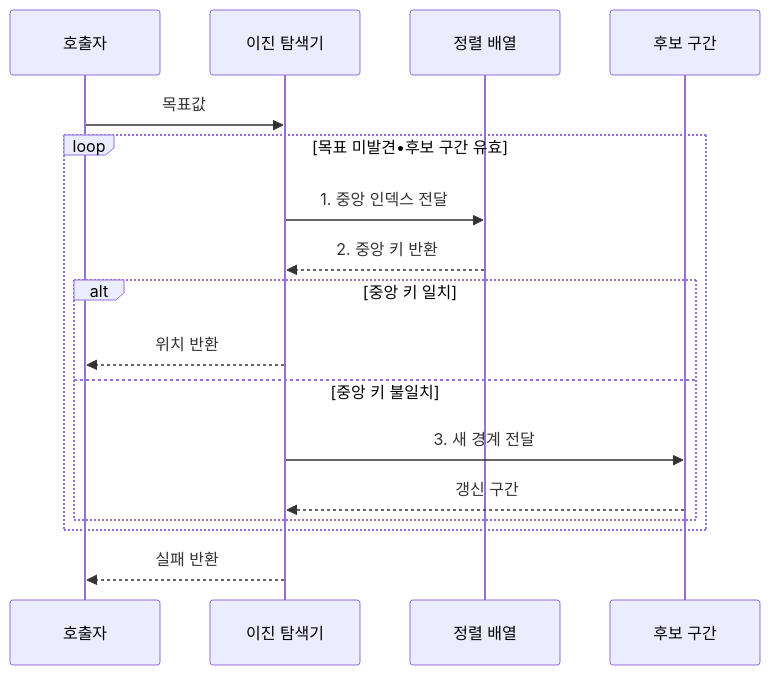
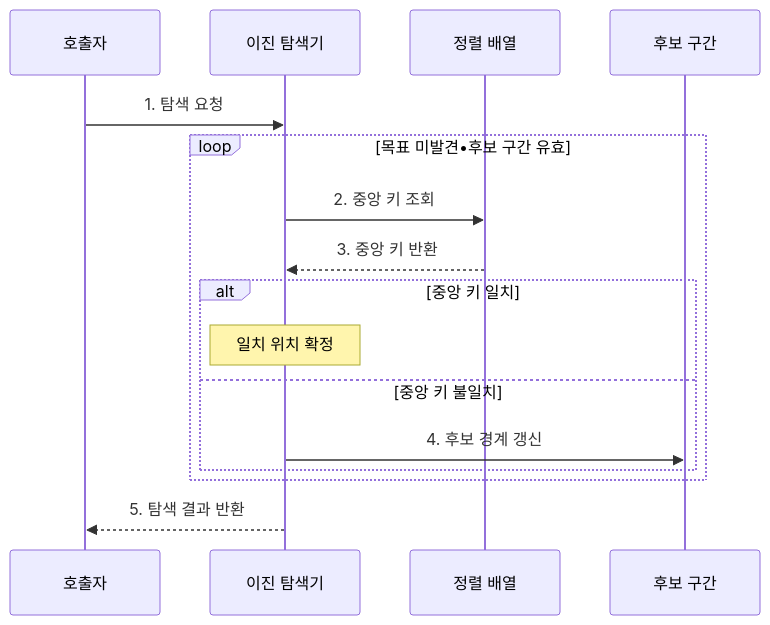
The second of 2 diagrams in src/content/docs/notes/01-basic-theory/004_binary_search.md (agnusdei1207/knowledge-base), drawn with Mermaid before and after one commit. The commit also changed other lines of this file and 7 other files, not shown here.

````diff
--- a/src/content/docs/notes/01-basic-theory/004_binary_search.md
+++ b/src/content/docs/notes/01-basic-theory/004_binary_search.md
@@ -95,19 +82,18 @@
 ```mermaid
 sequenceDiagram
     participant Q as 호출자
     participant B as 이진 탐색기
     participant A as 정렬 배열
     participant R as 후보 구간
-    Q->>B: 목표값
+    Q->>B: 1. 탐색 요청
     loop 목표 미발견•후보 구간 유효
-        B->>A: 1. 중앙 인덱스 전달
-        A-->>B: 2. 중앙 키 반환
+        B->>A: 2. 중앙 키 조회
+        A-->>B: 3. 중앙 키 반환
         alt 중앙 키 일치
-            B-->>Q: 위치 반환
+            Note over B: 일치 위치 확정
         else 중앙 키 불일치
-            B->>R: 3. 새 경계 전달
-            R-->>B: 갱신 구간
+            B->>R: 4. 후보 경계 갱신
         end
     end
-    B-->>Q: 실패 반환
+    B-->>Q: 5. 탐색 결과 반환
 ```
````
